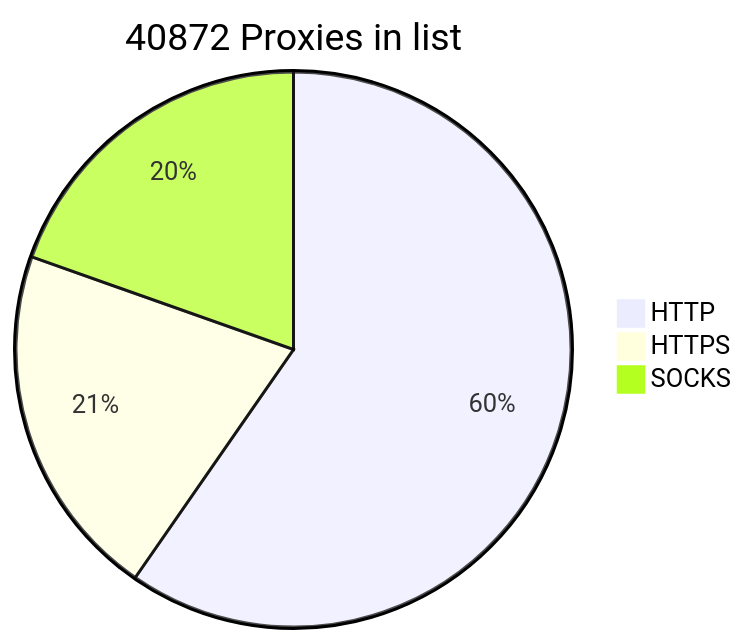
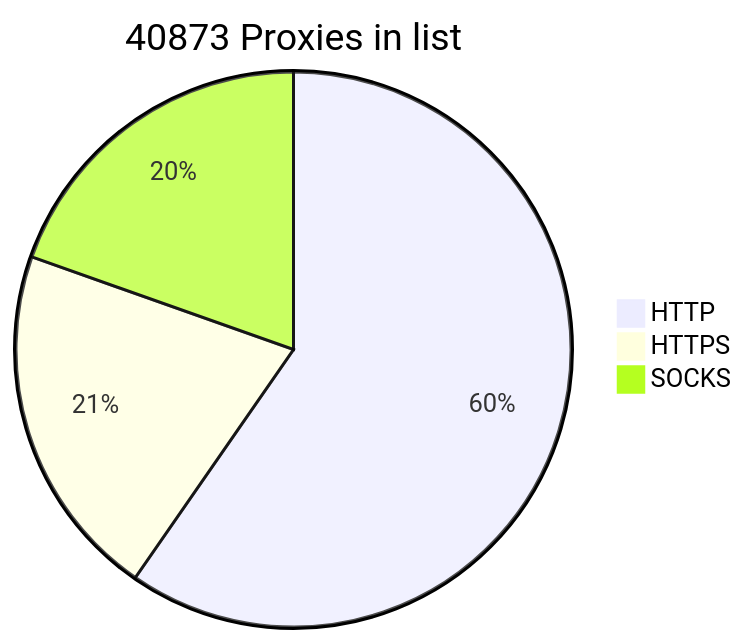
One commit to BlackSnowDot/proxylist-update-every-minute changed the diagram in README.md. Above: the diagram before and after it, drawn with Mermaid.

````diff
--- a/README.md
+++ b/README.md
@@ -2,6 +2,6 @@
 ```mermaid
-pie title 40872 Proxies in list
-    "HTTP" : 28357
-    "HTTPS": 9869
+pie title 40873 Proxies in list
+    "HTTP" : 28356
+    "HTTPS": 9871
     "SOCKS" : 9310
 ```
````
